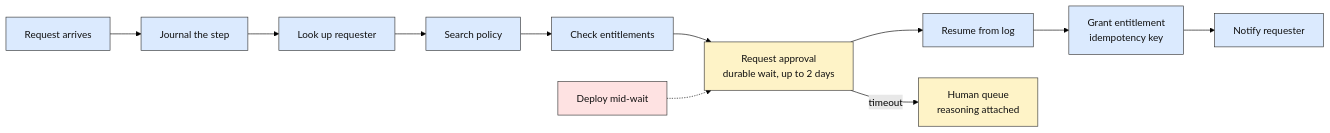
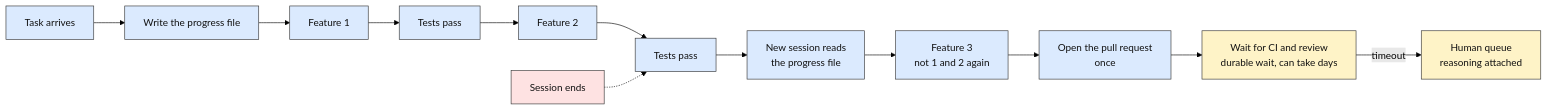
Before and after one commit to sequenzia/beyond-the-coding-agent-v0: the second of 4 diagrams in slides/02-anatomy.md, drawn with Mermaid (forest theme). The commit also changed other lines of this file and 13 other files, not shown here.

````diff
--- a/slides/02-anatomy.md
+++ b/slides/02-anatomy.md
@@ -367,17 +374,16 @@
 ```mermaid
 flowchart LR
-  R["Request arrives"] --> J["Journal the step"]
-  J --> L1["Look up requester"] --> L2["Search policy"] --> L3["Check entitlements"]
-  L3 --> W["Request approval<br/>durable wait, up to 2 days"]
-  D["Deploy mid-wait"] -.-> W
-  W --> RS["Resume from log"]
-  RS --> G["Grant entitlement<br/>idempotency key"]
-  G --> N["Notify requester"]
+  T["Task arrives"] --> P["Write the progress file"]
+  P --> F1["Feature 1"] --> V1["Tests pass"] --> F2["Feature 2"] --> V2["Tests pass"]
+  X["Session ends"] -.-> V2
+  V2 --> RS["New session reads<br/>the progress file"]
+  RS --> F3["Feature 3<br/>not 1 and 2 again"] --> PR["Open the pull request<br/>once"]
+  PR --> W["Wait for CI and review<br/>durable wait, can take days"]
   W -- timeout --> Q["Human queue<br/>reasoning attached"]
   classDef step fill:#dbeafe,stroke:#333,color:#111
   classDef wait fill:#fef3c7,stroke:#333,color:#111
   classDef strike fill:#fee2e2,stroke:#333,color:#111
-  class R,J,L1,L2,L3,RS,G,N step
+  class T,P,F1,V1,F2,V2,RS,F3,PR step
   class W,Q wait
-  class D strike
+  class X strike
 ```
````
